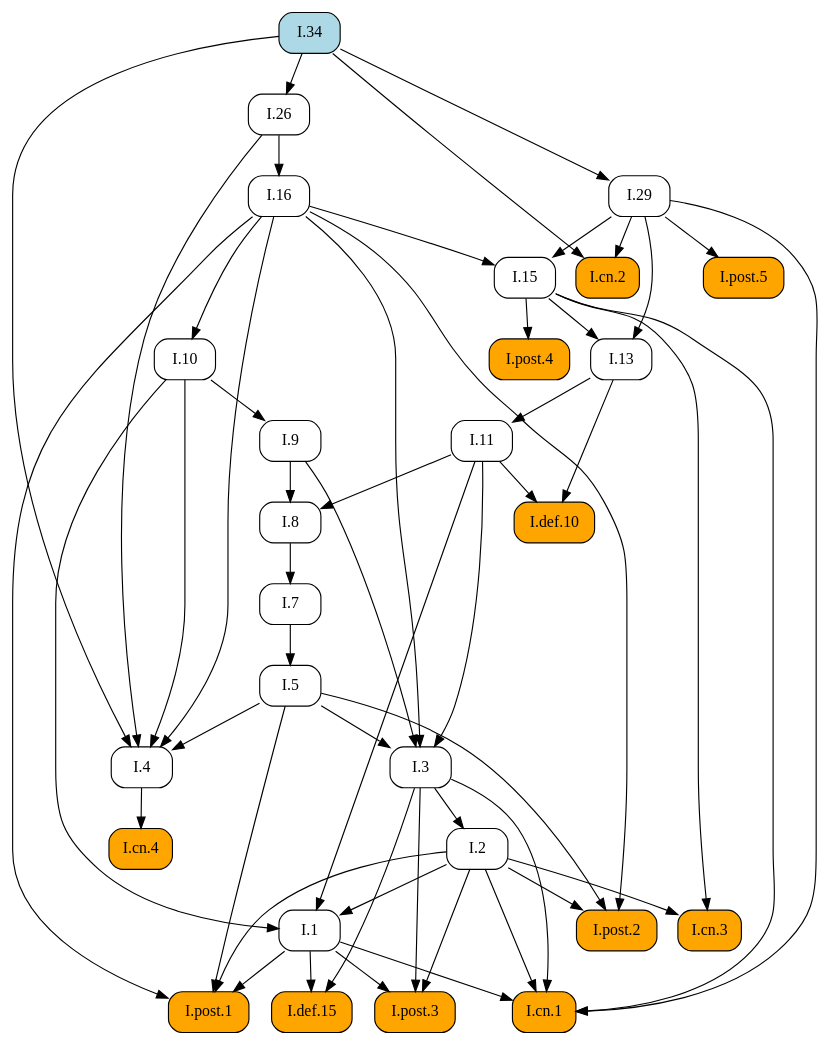
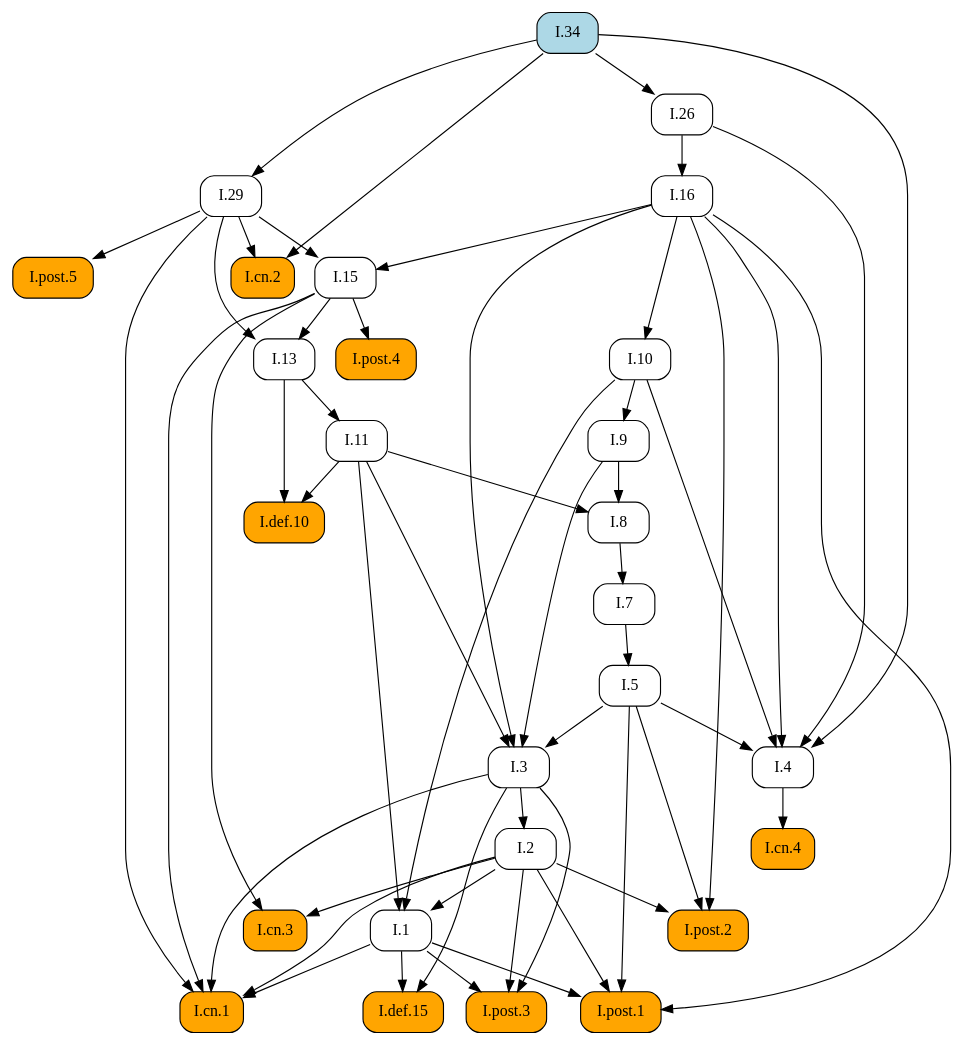
One commit to geometor/elements changed the diagram in docsrc/elements2/I/34/index.rst. Above: the diagram before and after it, drawn with Graphviz. The commit also changed other lines of this file and 171 other files, not shown here.

```diff
--- a/docsrc/elements2/I/34/index.rst
+++ b/docsrc/elements2/I/34/index.rst
@@ -81,84 +81,84 @@
    digraph {
      rankdir="TB";
      node [shape=box, style=rounded];
+     "I.8" [URL="/elements2/I/8/", target="_top"];
+     "I.post.3" [style="rounded,filled", fillcolor=orange, URL="/elements2/I/post.3/", target="_top"];
+     "I.cn.3" [style="rounded,filled", fillcolor=orange, URL="/elements2/I/cn.3/", target="_top"];
+     "I.cn.4" [style="rounded,filled", fillcolor=orange, URL="/elements2/I/cn.4/", target="_top"];
+     "I.1" [URL="/elements2/I/1/", target="_top"];
+     "I.7" [URL="/elements2/I/7/", target="_top"];
+     "I.post.1" [style="rounded,filled", fillcolor=orange, URL="/elements2/I/post.1/", target="_top"];
+     "I.9" [URL="/elements2/I/9/", target="_top"];
+     "I.5" [URL="/elements2/I/5/", target="_top"];
+     "I.post.5" [style="rounded,filled", fillcolor=orange, URL="/elements2/I/post.5/", target="_top"];
+     "I.cn.1" [style="rounded,filled", fillcolor=orange, URL="/elements2/I/cn.1/", target="_top"];
+     "I.29" [URL="/elements2/I/29/", target="_top"];
+     "I.def.10" [style="rounded,filled", fillcolor=orange, URL="/elements2/I/def.10/", target="_top"];
+     "I.post.4" [style="rounded,filled", fillcolor=orange, URL="/elements2/I/post.4/", target="_top"];
      "I.16" [URL="/elements2/I/16/", target="_top"];
-     "I.def.10" [style="rounded,filled", fillcolor=orange, URL="/elements2/I/def.10/", target="_top"];
-     "I.9" [URL="/elements2/I/9/", target="_top"];
+     "I.cn.2" [style="rounded,filled", fillcolor=orange, URL="/elements2/I/cn.2/", target="_top"];
+     "I.13" [URL="/elements2/I/13/", target="_top"];
      "I.2" [URL="/elements2/I/2/", target="_top"];
-     "I.cn.2" [style="rounded,filled", fillcolor=orange, URL="/elements2/I/cn.2/", target="_top"];
+     "I.def.15" [style="rounded,filled", fillcolor=orange, URL="/elements2/I/def.15/", target="_top"];
+     "I.4" [URL="/elements2/I/4/", target="_top"];
+     "I.11" [URL="/elements2/I/11/", target="_top"];
+     "I.10" [URL="/elements2/I/10/", target="_top"];
      "I.15" [URL="/elements2/I/15/", target="_top"];
+     "I.3" [URL="/elements2/I/3/", target="_top"];
+     "I.post.2" [style="rounded,filled", fillcolor=orange, URL="/elements2/I/post.2/", target="_top"];
+     "I.34" [style="rounded,filled", fillcolor=lightblue, URL="/elements2/I/34/", target="_top"];
      "I.26" [URL="/elements2/I/26/", target="_top"];
-     "I.post.5" [style="rounded,filled", fillcolor=orange, URL="/elements2/I/post.5/", target="_top"];
-     "I.8" [URL="/elements2/I/8/", target="_top"];
-     "I.34" [style="rounded,filled", fillcolor=lightblue, URL="/elements2/I/34/", target="_top"];
-     "I.cn.4" [style="rounded,filled", fillcolor=orange, URL="/elements2/I/cn.4/", target="_top"];
-     "I.def.15" [style="rounded,filled", fillcolor=orange, URL="/elements2/I/def.15/", target="_top"];
-     "I.post.3" [style="rounded,filled", fillcolor=orange, URL="/elements2/I/post.3/", target="_top"];
-     "I.1" [URL="/elements2/I/1/", target="_top"];
-     "I.post.2" [style="rounded,filled", fillcolor=orange, URL="/elements2/I/post.2/", target="_top"];
-     "I.13" [URL="/elements2/I/13/", target="_top"];
-     "I.10" [URL="/elements2/I/10/", target="_top"];
-     "I.post.1" [style="rounded,filled", fillcolor=orange, URL="/elements2/I/post.1/", target="_top"];
-     "I.7" [URL="/elements2/I/7/", target="_top"];
-     "I.post.4" [style="rounded,filled", fillcolor=orange, URL="/elements2/I/post.4/", target="_top"];
-     "I.cn.1" [style="rounded,filled", fillcolor=orange, URL="/elements2/I/cn.1/", target="_top"];
-     "I.3" [URL="/elements2/I/3/", target="_top"];
-     "I.cn.3" [style="rounded,filled", fillcolor=orange, URL="/elements2/I/cn.3/", target="_top"];
-     "I.11" [URL="/elements2/I/11/", target="_top"];
-     "I.29" [URL="/elements2/I/29/", target="_top"];
-     "I.5" [URL="/elements2/I/5/", target="_top"];
-     "I.4" [URL="/elements2/I/4/", target="_top"];
-     "I.26" -> "I.16";
-     "I.11" -> "I.def.10";
-     "I.13" -> "I.def.10";
-     "I.10" -> "I.9";
-     "I.3" -> "I.2";
-     "I.29" -> "I.cn.2";
-     "I.34" -> "I.cn.2";
-     "I.16" -> "I.15";
-     "I.29" -> "I.15";
-     "I.34" -> "I.26";
-     "I.29" -> "I.post.5";
      "I.9" -> "I.8";
      "I.11" -> "I.8";
-     "I.4" -> "I.cn.4";
-     "I.1" -> "I.def.15";
-     "I.3" -> "I.def.15";
      "I.1" -> "I.post.3";
      "I.2" -> "I.post.3";
      "I.3" -> "I.post.3";
+     "I.2" -> "I.cn.3";
+     "I.15" -> "I.cn.3";
+     "I.4" -> "I.cn.4";
      "I.2" -> "I.1";
      "I.10" -> "I.1";
      "I.11" -> "I.1";
-     "I.2" -> "I.post.2";
-     "I.5" -> "I.post.2";
-     "I.16" -> "I.post.2";
-     "I.15" -> "I.13";
-     "I.29" -> "I.13";
-     "I.16" -> "I.10";
+     "I.8" -> "I.7";
      "I.1" -> "I.post.1";
      "I.2" -> "I.post.1";
      "I.5" -> "I.post.1";
      "I.16" -> "I.post.1";
-     "I.8" -> "I.7";
-     "I.15" -> "I.post.4";
+     "I.10" -> "I.9";
+     "I.7" -> "I.5";
+     "I.29" -> "I.post.5";
      "I.1" -> "I.cn.1";
      "I.2" -> "I.cn.1";
      "I.3" -> "I.cn.1";
      "I.15" -> "I.cn.1";
      "I.29" -> "I.cn.1";
-     "I.5" -> "I.3";
-     "I.9" -> "I.3";
-     "I.11" -> "I.3";
-     "I.16" -> "I.3";
-     "I.2" -> "I.cn.3";
-     "I.15" -> "I.cn.3";
-     "I.13" -> "I.11";
      "I.34" -> "I.29";
-     "I.7" -> "I.5";
+     "I.11" -> "I.def.10";
+     "I.13" -> "I.def.10";
+     "I.15" -> "I.post.4";
+     "I.26" -> "I.16";
+     "I.29" -> "I.cn.2";
+     "I.34" -> "I.cn.2";
+     "I.15" -> "I.13";
+     "I.29" -> "I.13";
+     "I.3" -> "I.2";
+     "I.1" -> "I.def.15";
+     "I.3" -> "I.def.15";
      "I.5" -> "I.4";
      "I.10" -> "I.4";
      "I.16" -> "I.4";
      "I.26" -> "I.4";
      "I.34" -> "I.4";
+     "I.13" -> "I.11";
+     "I.16" -> "I.10";
+     "I.16" -> "I.15";
+     "I.29" -> "I.15";
+     "I.5" -> "I.3";
+     "I.9" -> "I.3";
+     "I.11" -> "I.3";
+     "I.16" -> "I.3";
+     "I.2" -> "I.post.2";
+     "I.5" -> "I.post.2";
+     "I.16" -> "I.post.2";
+     "I.34" -> "I.26";
    }
```
